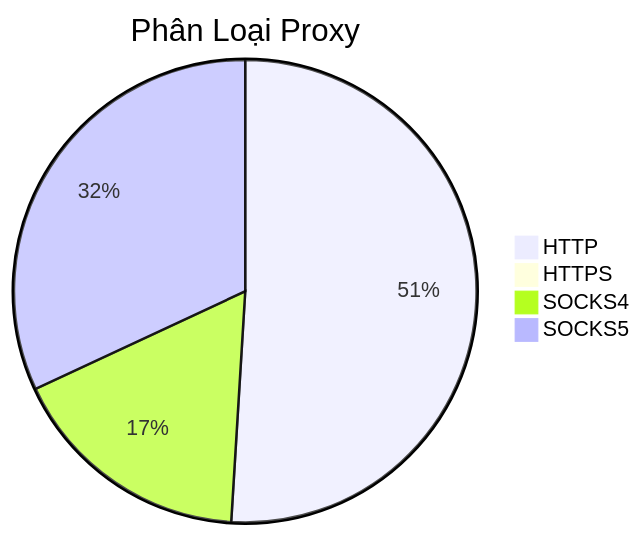
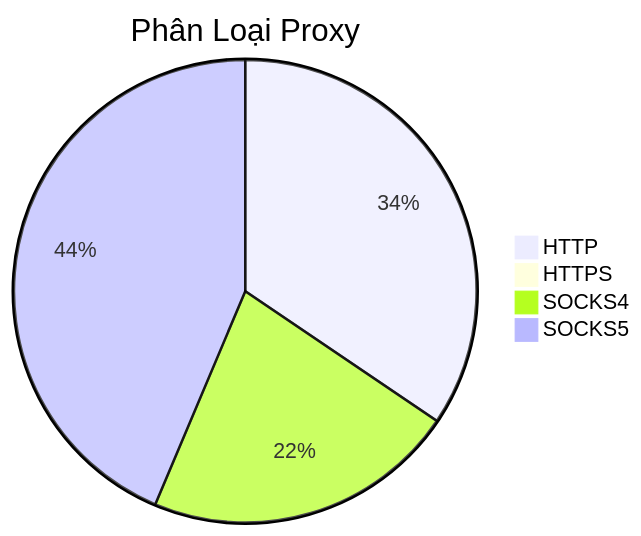
One commit to Ciara-12/PROXY-free changed the diagram in README.md. Above: the diagram before and after it, drawn with Mermaid. The commit also changed other lines of this file and 4 other files, not shown here.

````diff
--- a/README.md
+++ b/README.md
@@ -26,7 +26,7 @@
 ```mermaid
 pie title Phân Loại Proxy
-    "HTTP" : 1291
-    "HTTPS" : 2
-    "SOCKS4" : 433
-    "SOCKS5" : 809
+    "HTTP" : 729
+    "HTTPS" : 1
+    "SOCKS4" : 463
+    "SOCKS5" : 923
 ```
````
